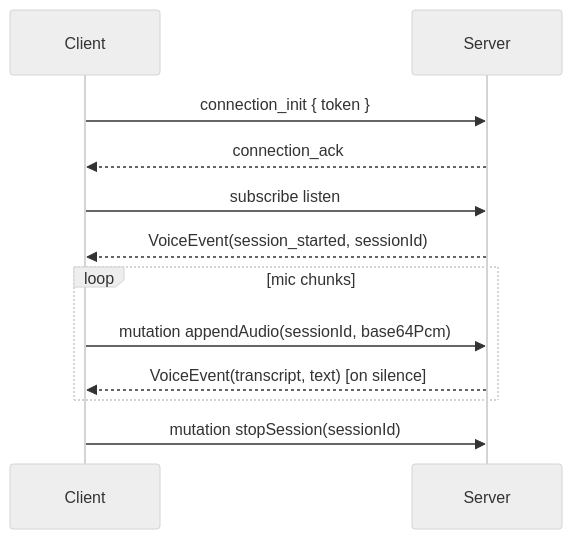
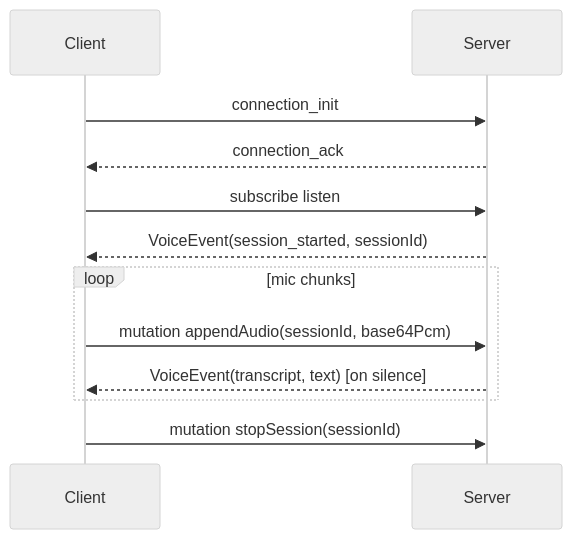
Before and after one commit to marginsystems/vad-proxy: the diagram in docs/INTEGRATION.md, drawn with Mermaid (neutral theme). The commit also changed other lines of this file and 13 other files, not shown here.

````diff
--- a/docs/INTEGRATION.md
+++ b/docs/INTEGRATION.md
@@ -71,14 +83,14 @@
 ```mermaid
 sequenceDiagram
   participant Client
   participant Server
-  Client->>Server: connection_init { token }
+  Client->>Server: connection_init
   Server-->>Client: connection_ack
   Client->>Server: subscribe listen
   Server-->>Client: VoiceEvent(session_started, sessionId)
   loop mic chunks
     Client->>Server: mutation appendAudio(sessionId, base64Pcm)
     Server-->>Client: VoiceEvent(transcript, text) [on silence]
   end
   Client->>Server: mutation stopSession(sessionId)
 ```
````
